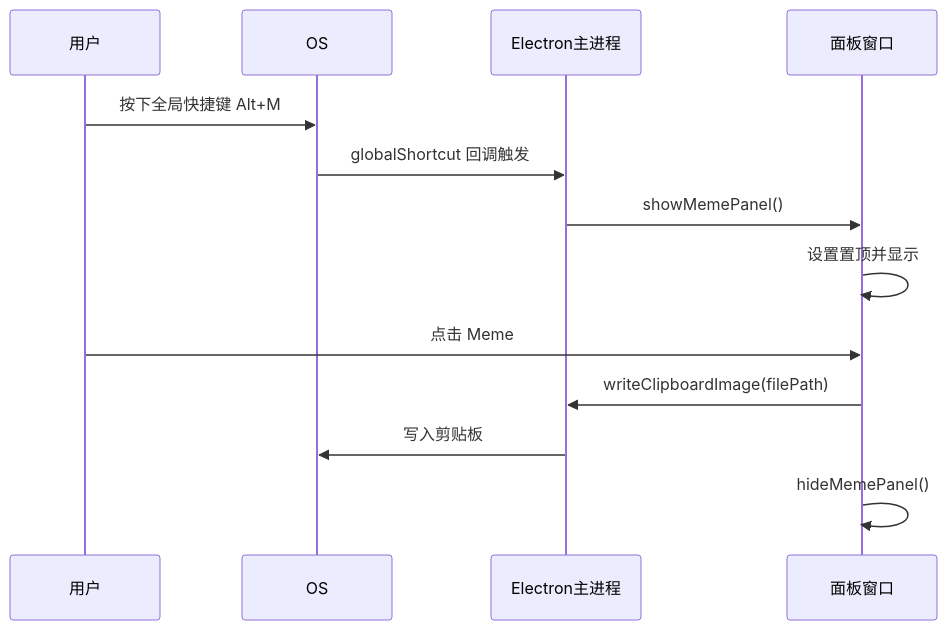
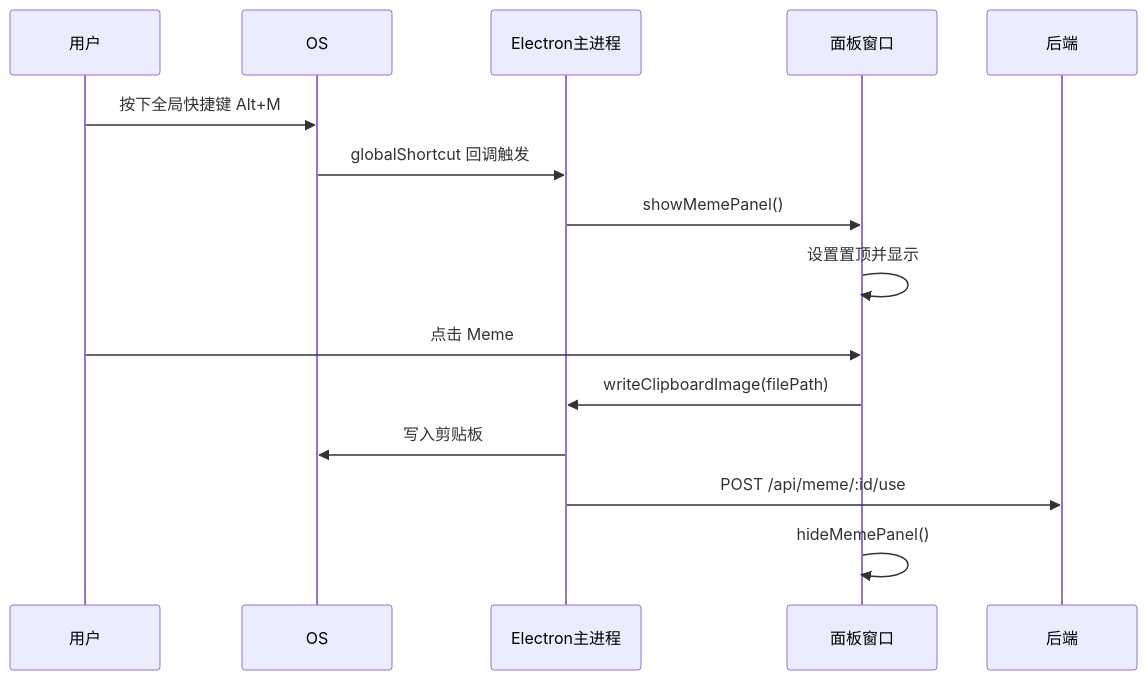
Before and after one commit to MintITes/QuickMemes: the third of 3 diagrams in docs/arch/frontend.md, drawn with Mermaid. The commit also changed other lines of this file and 6 other files, not shown here.

````diff
--- a/docs/arch/frontend.md
+++ b/docs/arch/frontend.md
@@ -400,16 +400,17 @@
 ```mermaid
 sequenceDiagram
     participant 用户
     participant OS
     participant Electron主进程
     participant 面板窗口
 
     用户->>OS: 按下全局快捷键 Alt+M
     OS->>Electron主进程: globalShortcut 回调触发
     Electron主进程->>面板窗口: showMemePanel()
     面板窗口->>面板窗口: 设置置顶并显示
     用户->>面板窗口: 点击 Meme
     面板窗口->>Electron主进程: writeClipboardImage(filePath)
     Electron主进程->>OS: 写入剪贴板
+    Electron主进程->>后端: POST /api/meme/:id/use
     面板窗口->>面板窗口: hideMemePanel()
 ```
````
